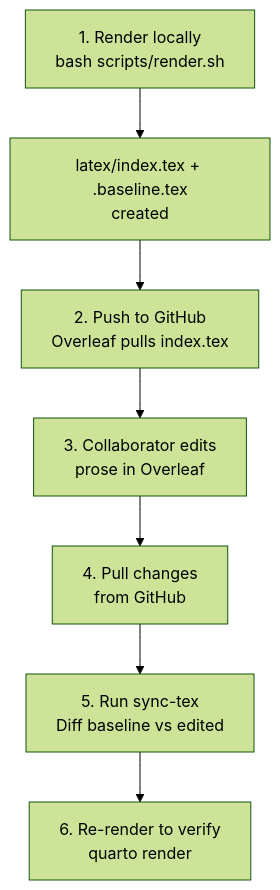
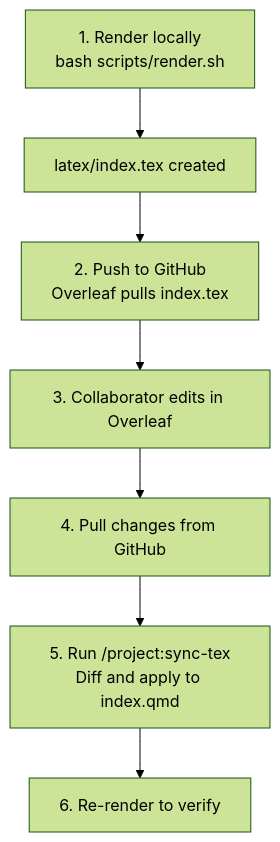
One commit to quarcs-lab/project20XXy changed the third of 3 diagrams in README.md. Above: the diagram before and after it, drawn with Mermaid (forest theme). The commit also changed other lines of this file and 54 other files, not shown here.

````diff
--- a/README.md
+++ b/README.md
@@ -325,9 +279,9 @@
 ```mermaid
 flowchart TD
-    A["1. Render locally<br/>bash scripts/render.sh"] --> B["latex/index.tex + .baseline.tex<br/>created"]
+    A["1. Render locally<br/>bash scripts/render.sh"] --> B["latex/index.tex created"]
     B --> C["2. Push to GitHub<br/>Overleaf pulls index.tex"]
-    C --> D["3. Collaborator edits<br/>prose in Overleaf"]
-    D --> E["4. Pull changes<br/>from GitHub"]
-    E --> F["5. Run sync-tex<br/>Diff baseline vs edited"]
-    F --> G["6. Re-render to verify<br/>quarto render"]
+    C --> D["3. Collaborator edits in Overleaf"]
+    D --> E["4. Pull changes from GitHub"]
+    E --> F["5. Run /project:sync-tex<br/>Diff and apply to index.qmd"]
+    F --> G["6. Re-render to verify"]
 ```
````
